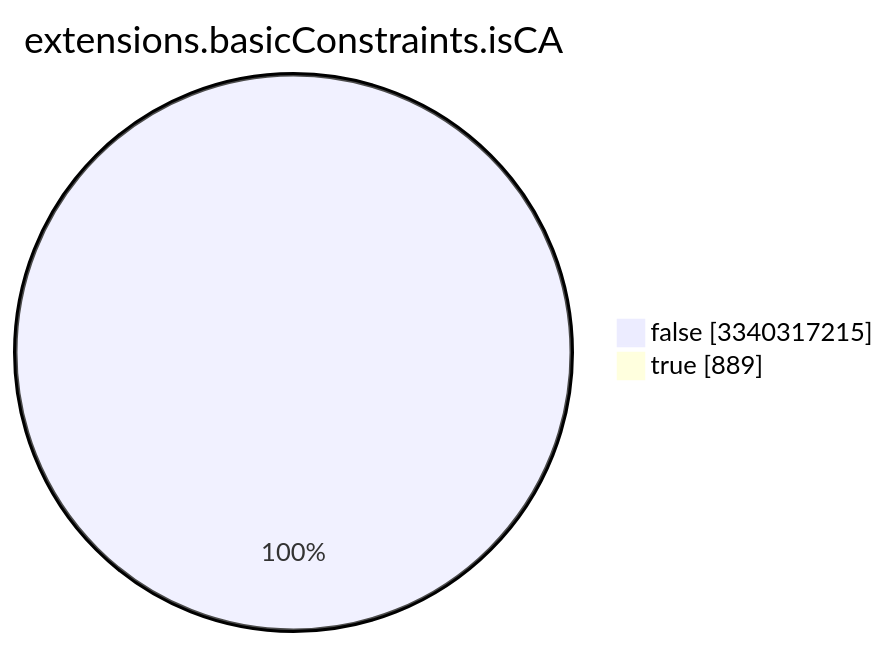
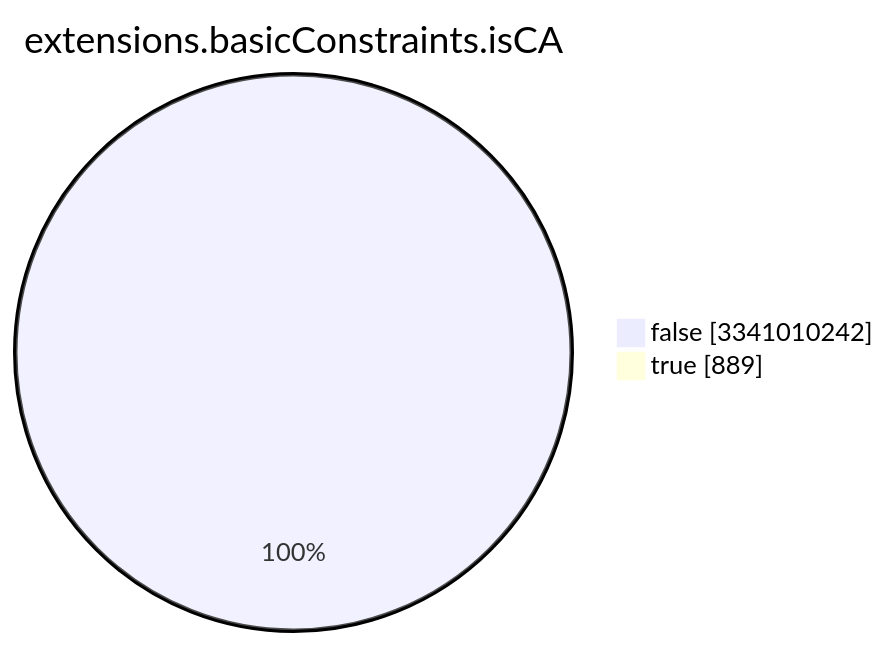
The seventh of 15 diagrams in TOTAL/README.md (christiankrug/ctmonitor_visualization), drawn with Mermaid before and after one commit. The commit also changed other lines of this file, not shown here.

````diff
--- a/TOTAL/README.md
+++ b/TOTAL/README.md
@@ -3089,6 +3089,6 @@
 ```mermaid
 pie showData
 title extensions.basicConstraints.isCA
-"false" :3340317215
+"false" :3341010242
 "true" :889
 ```
````
